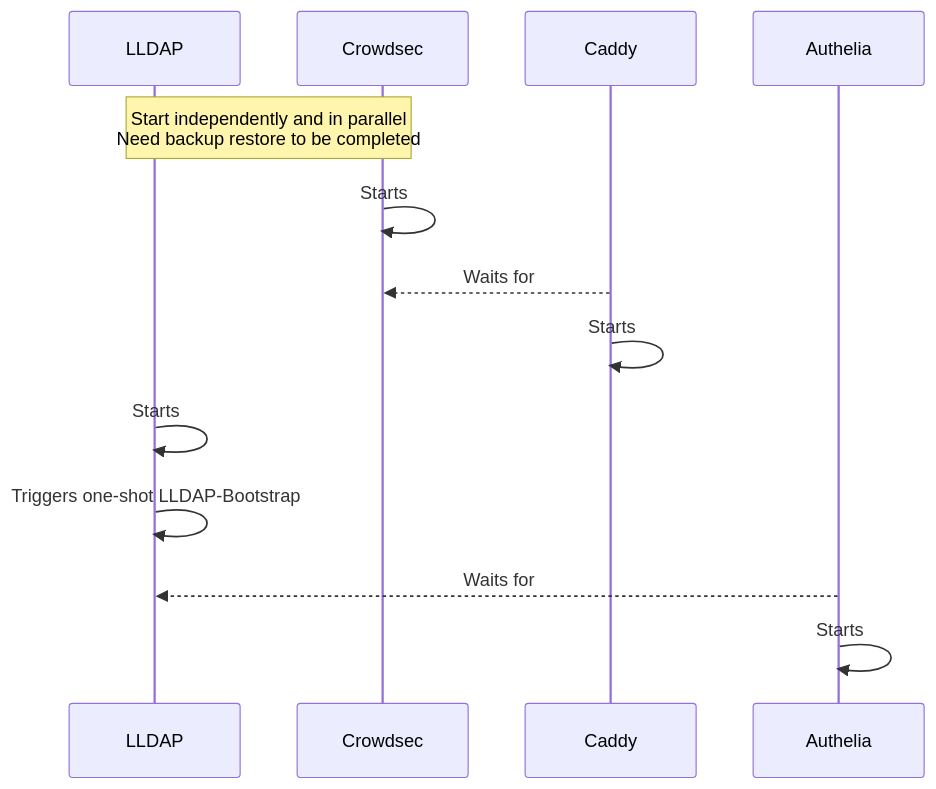
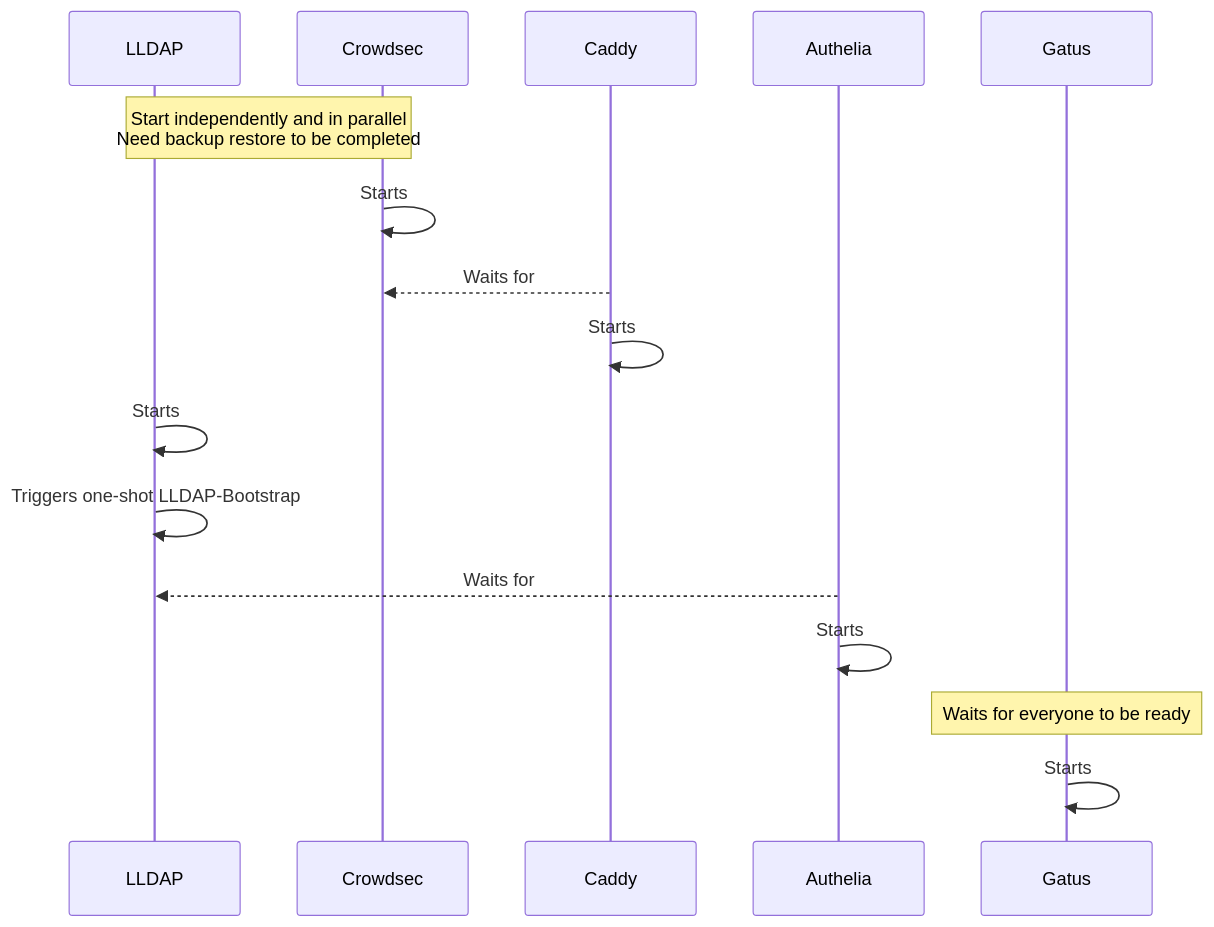
One commit to vic1707/homelab-config changed the diagram in vps/telstar/docs.md. Above: the diagram before and after it, drawn with Mermaid.

Commit message:
seq gatus

````diff
--- a/vps/telstar/docs.md
+++ b/vps/telstar/docs.md
@@ -3,20 +3,24 @@
 ```mermaid
 sequenceDiagram
     participant LLDAP
     participant Crowdsec
     participant Caddy
     participant Authelia
+    participant Gatus
 
     Note over Crowdsec, LLDAP: Start independently and in parallel<br/>Need backup restore to be completed
 
     Crowdsec->>Crowdsec: Starts
 
     Caddy-->>Crowdsec: Waits for
     Caddy->>Caddy: Starts
 
     LLDAP->>LLDAP: Starts
     LLDAP->>LLDAP: Triggers one-shot LLDAP-Bootstrap
 
     Authelia-->>LLDAP: Waits for
     Authelia->>Authelia: Starts
+
+    Note over Gatus: Waits for everyone to be ready
+    Gatus->>Gatus: Starts
 ```
````
